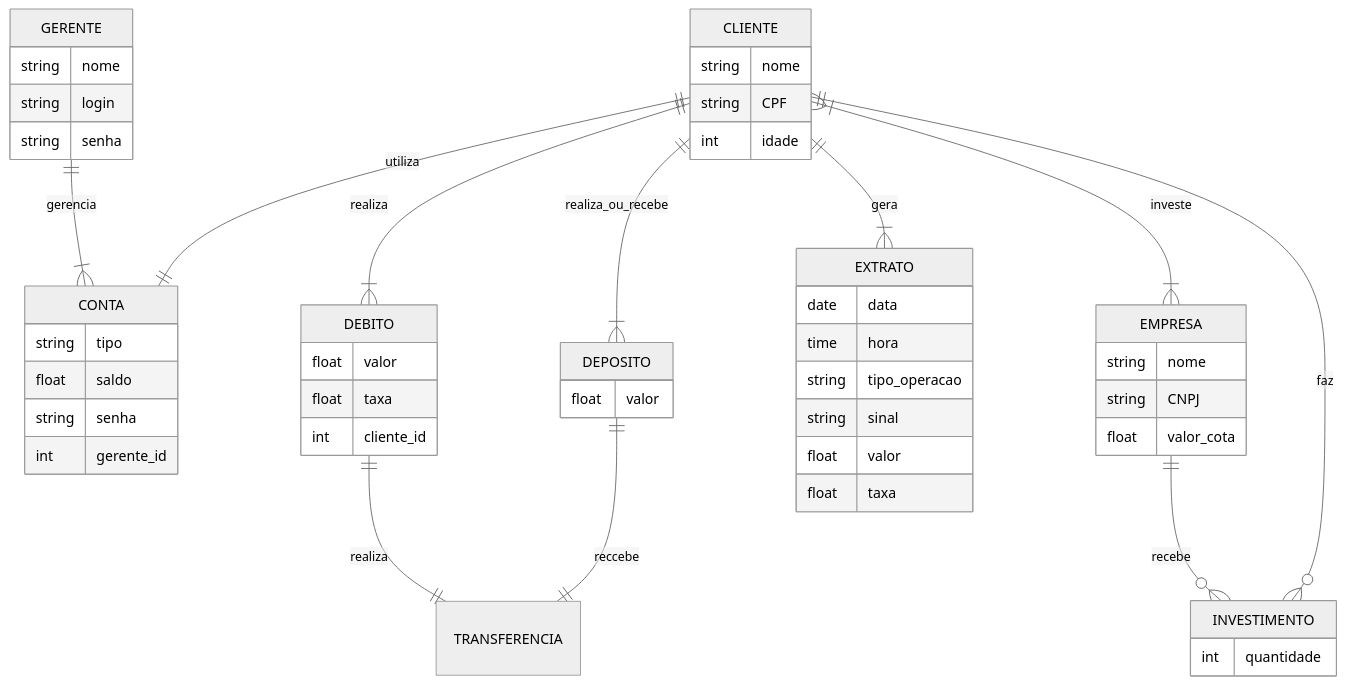
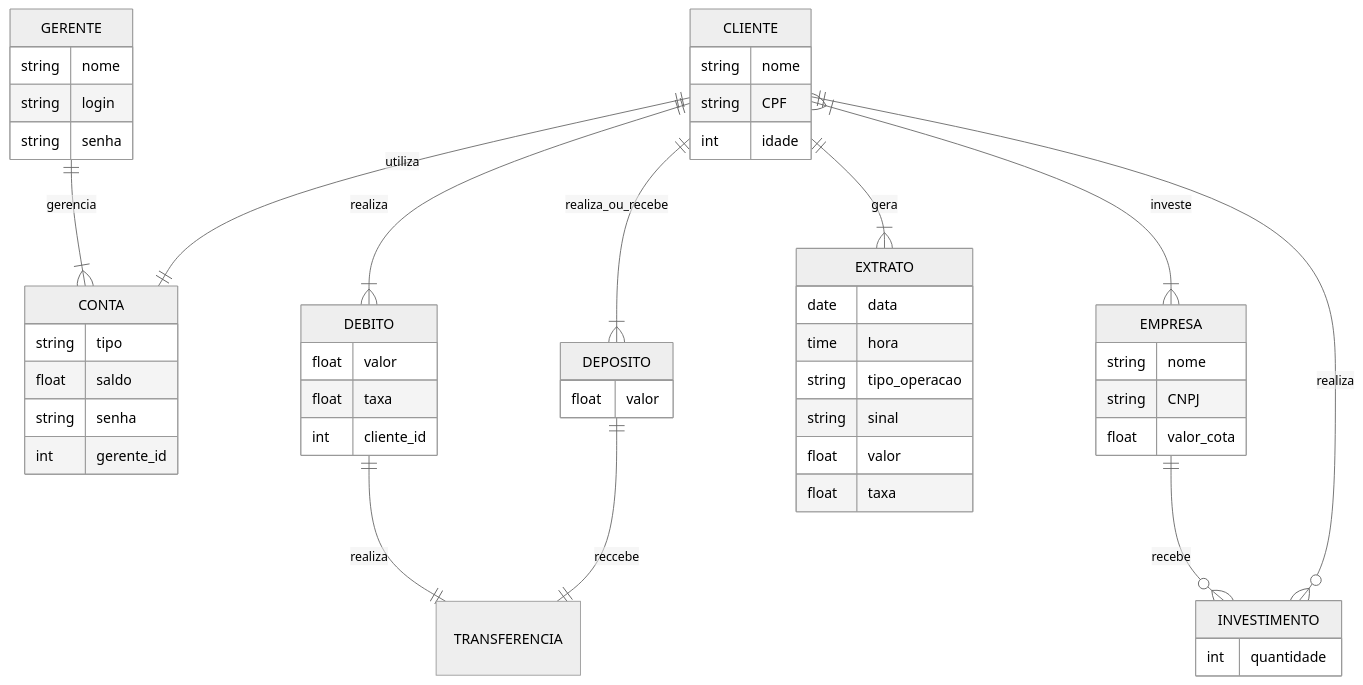
The first of 2 diagrams in README.md (iagorosa28/banco_quempoupatem_banco_de_dados), drawn with Mermaid (neutral theme) before and after one commit.

```diff
--- a/README.md
+++ b/README.md
@@ -90,7 +90,7 @@
     DEPOSITO || -- || TRANSFERENCIA : reccebe
     CLIENTE  || -- |{ EXTRATO : gera
     CLIENTE  }| -- |{ EMPRESA : investe 
-    CLIENTE  || -- o{ INVESTIMENTO : faz
+    CLIENTE  || -- o{ INVESTIMENTO : realiza
     EMPRESA || -- o{ INVESTIMENTO : recebe
 
 
```
